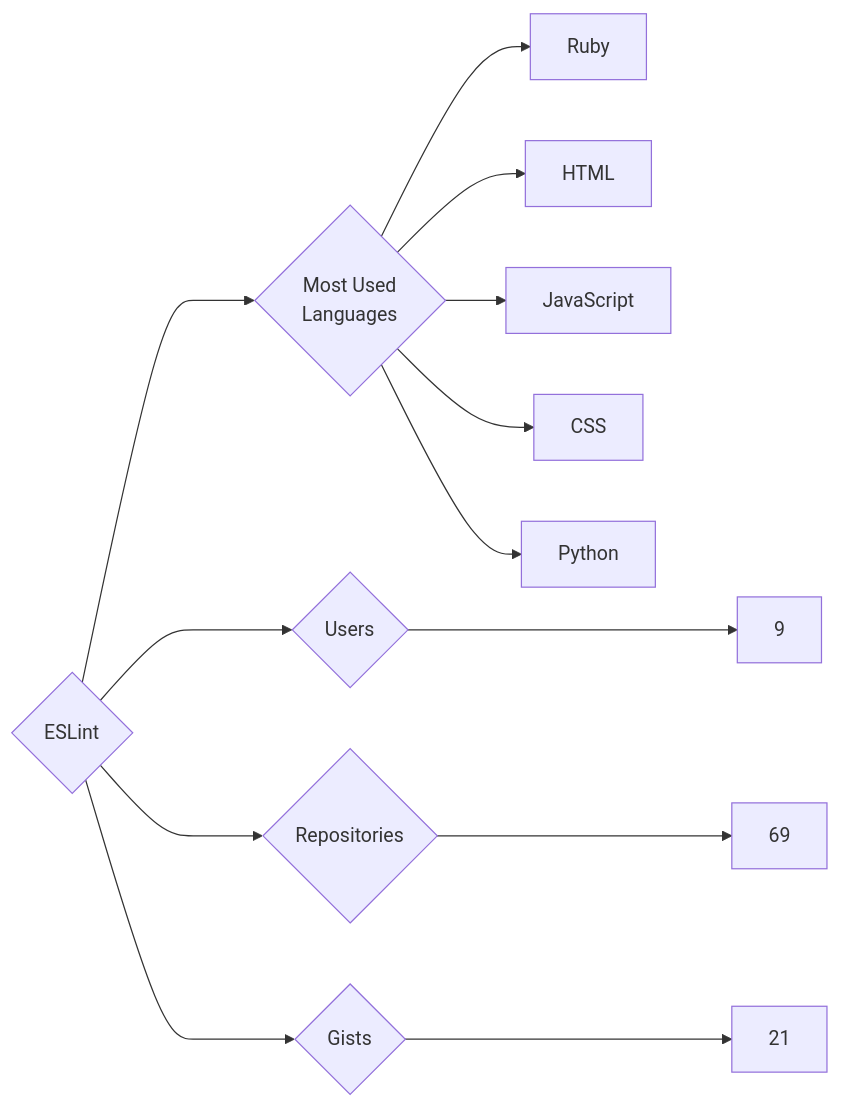
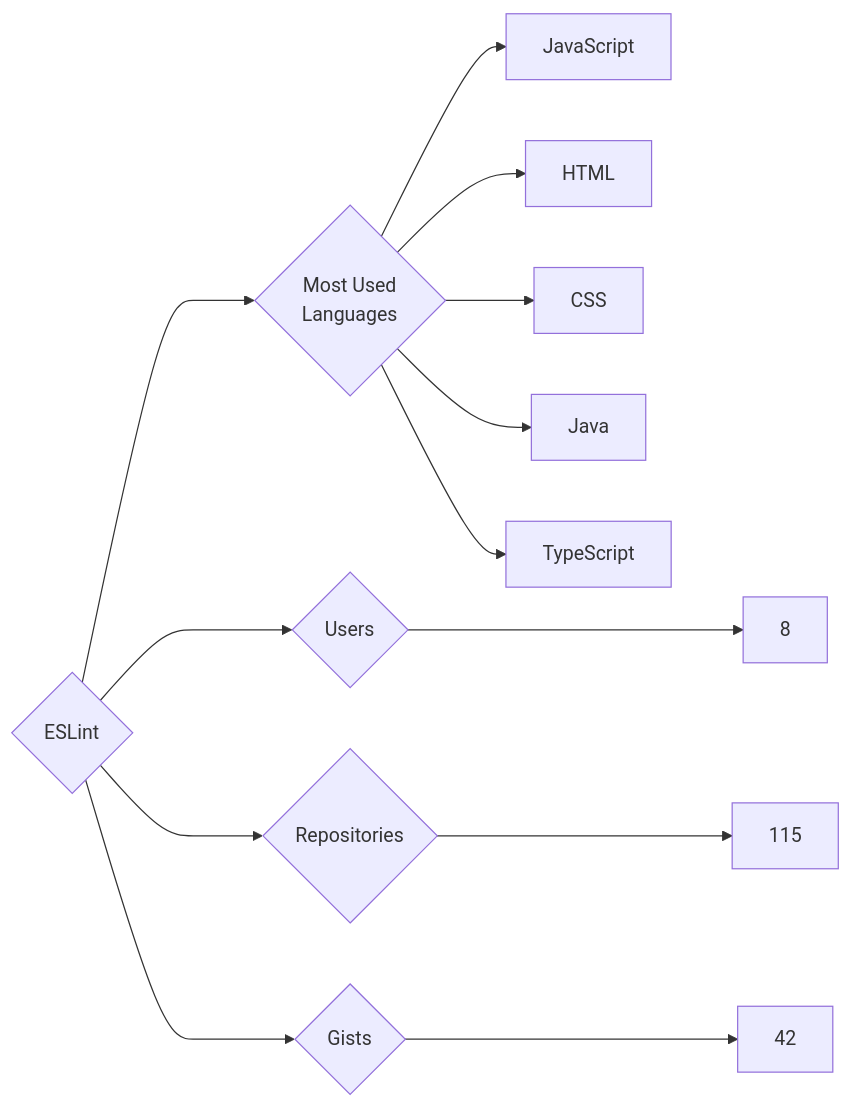
One commit to trickest/insiders changed the diagram in targets/ESLint/README.md. Above: the diagram before and after it, drawn with Mermaid. The commit also changed 1055 other files, not shown here.

````diff
--- a/targets/ESLint/README.md
+++ b/targets/ESLint/README.md
@@ -3,13 +3,13 @@
 ```mermaid
 graph LR
 COMPANY_NAME{ESLint}
-COMPANY_NAME ---> U{Users} ---> UN[9]
-COMPANY_NAME ---> R{Repositories} ---> RN[69]
-COMPANY_NAME ---> G{Gists} ---> GN[21]
+COMPANY_NAME ---> U{Users} ---> UN[8]
+COMPANY_NAME ---> R{Repositories} ---> RN[115]
+COMPANY_NAME ---> G{Gists} ---> GN[42]
 COMPANY_NAME ---> ML{Most Used<br>Languages}
-ML --> Ruby[Ruby]
+ML --> JavaScript[JavaScript]
 ML --> HTML[HTML]
-ML --> JavaScript[JavaScript]
 ML --> CSS[CSS]
-ML --> Python[Python]
+ML --> Java[Java]
+ML --> TypeScript[TypeScript]
 ```
````
